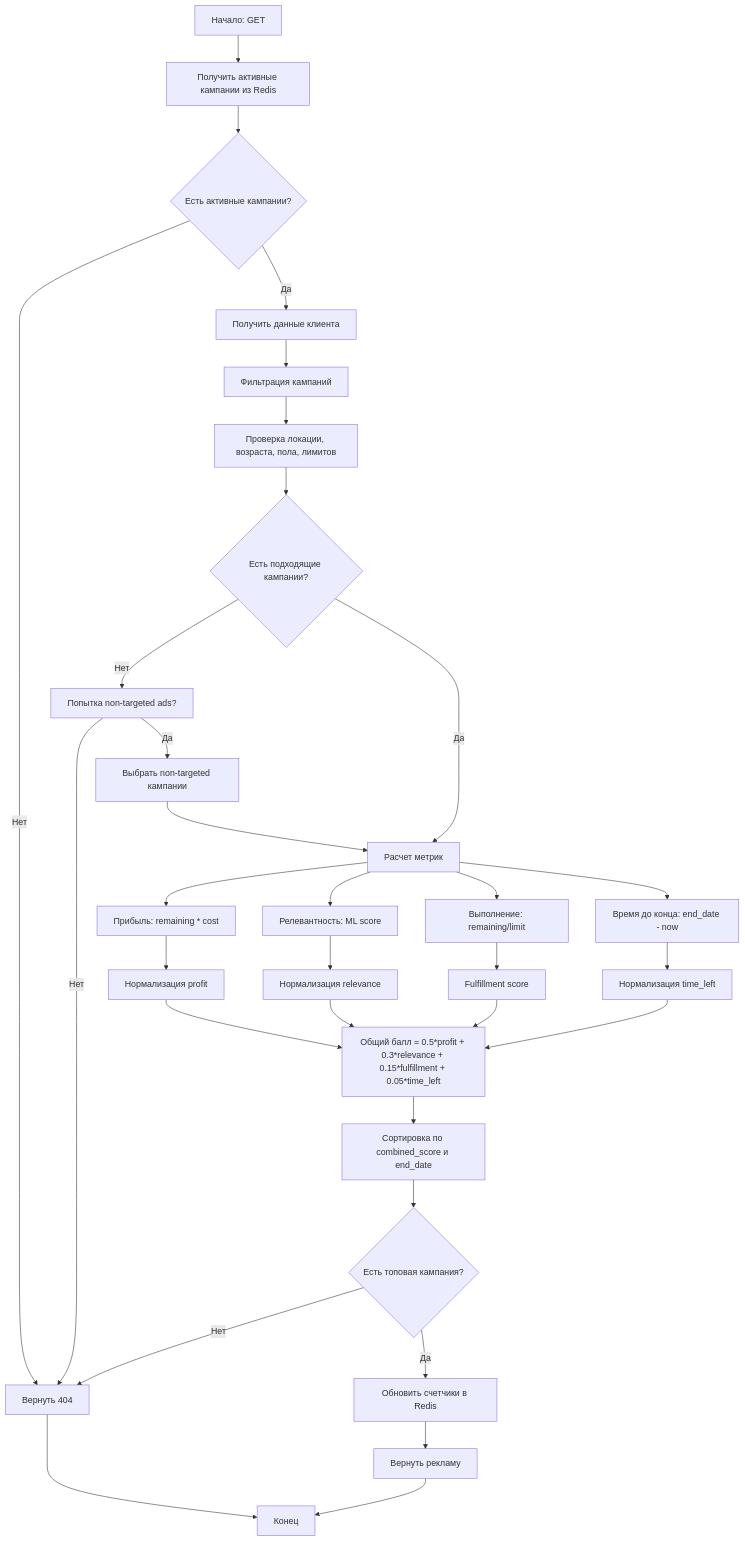
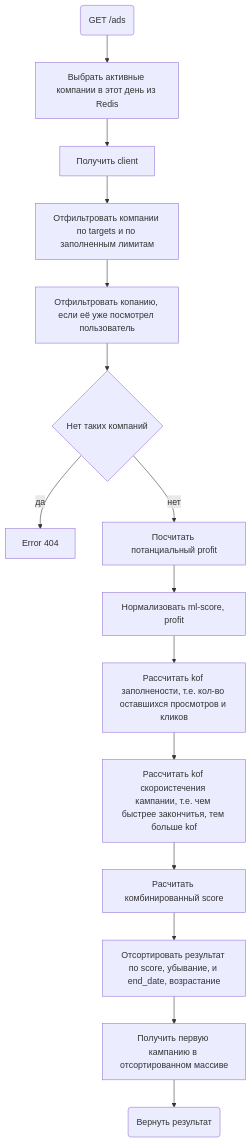
One commit to IOSHED/Iosh__AdEngine changed the third of 3 diagrams in solution/README.md. Above: the diagram before and after it, drawn with Mermaid. The commit also changed other lines of this file and 2 other files, not shown here.

````diff
--- a/solution/README.md
+++ b/solution/README.md
@@ -4,34 +194,18 @@
 ```mermaid
+%% Flowchart основного алгоритма
 flowchart TD
-    A[Начало: GET] --> B[Получить активные кампании из Redis]
-    B --> C{Есть активные кампании?}
-    C -->|Нет| D[Вернуть 404]
-    C -->|Да| E[Получить данные клиента]
-    E --> F[Фильтрация кампаний]
-    F --> F4[Проверка локации, возраста, пола, лимитов]
-    F4 --> G{Есть подходящие кампании?}
-    G -->|Нет| H[Попытка non-targeted ads?]
-    H -->|Да| I[Выбрать non-targeted кампании]
-    H -->|Нет| D
-    I --> J
-    G -->|Да| J[Расчет метрик]
-    J --> J1[Прибыль: remaining * cost]
-    J --> J2[Релевантность: ML score]
-    J --> J3[Выполнение: remaining/limit]
-    J --> J4[Время до конца: end_date - now]
-    J1 --> K[Нормализация profit]
-    J2 --> L[Нормализация relevance]
-    J3 --> M[Fulfillment score]
-    J4 --> N[Нормализация time_left]
-    K --> O[Общий балл = 0.5*profit + 0.3*relevance + 0.15*fulfillment + 0.05*time_left]
-    L --> O
-    M --> O
-    N --> O
-    O --> P[Сортировка по combined_score и end_date]
-    P --> Q{Есть топовая кампания?}
-    Q -->|Да| R[Обновить счетчики в Redis]
-    R --> S[Вернуть рекламу]
-    Q -->|Нет| D
-    D --> T[Конец]
-    S --> T
+    A(GET /ads) --> B[Выбрать активные компании в этот день из Redis]
+    B --> C[Получить client]
+    C --> D[Отфильтровать компании по targets и по заполненным лимитам]
+    D --> E[Отфильтровать копанию, если её уже посмотрел пользователь]
+    E --> F{Нет таких компаний}
+    F --> |да| ERROR[Error 404]
+    F --> |нет| H[Посчитать потанциальный profit]
+    H --> P[Нормализовать ml-score, profit]
+    P --> R[Рассчитать kof заполнености, т.е. кол-во оставшихся просмотров и кликов]
+    R --> L[Рассчитать kof скороистечения кампании, т.е. чем быстрее закончитья, тем больше kof]
+    L --> M[Расчитать комбинированный score]
+    M --> N[Отсортировать результат по score, убывание, и end_date, возрастание]
+    N --> S[Получить первую кампанию в отсортированном массиве]
+    S --> FINISH(Вернуть результат)
 ```
````
